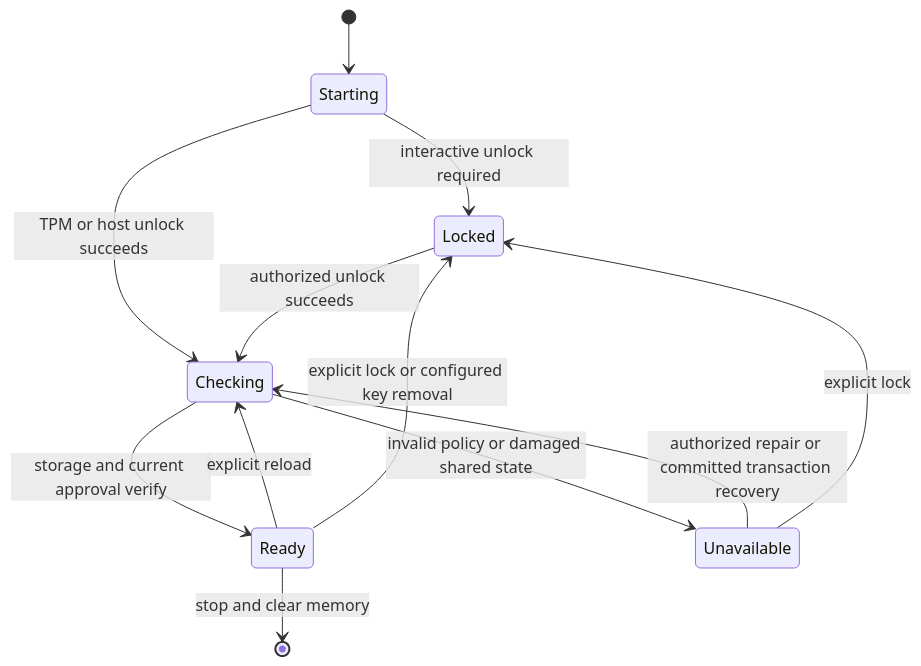
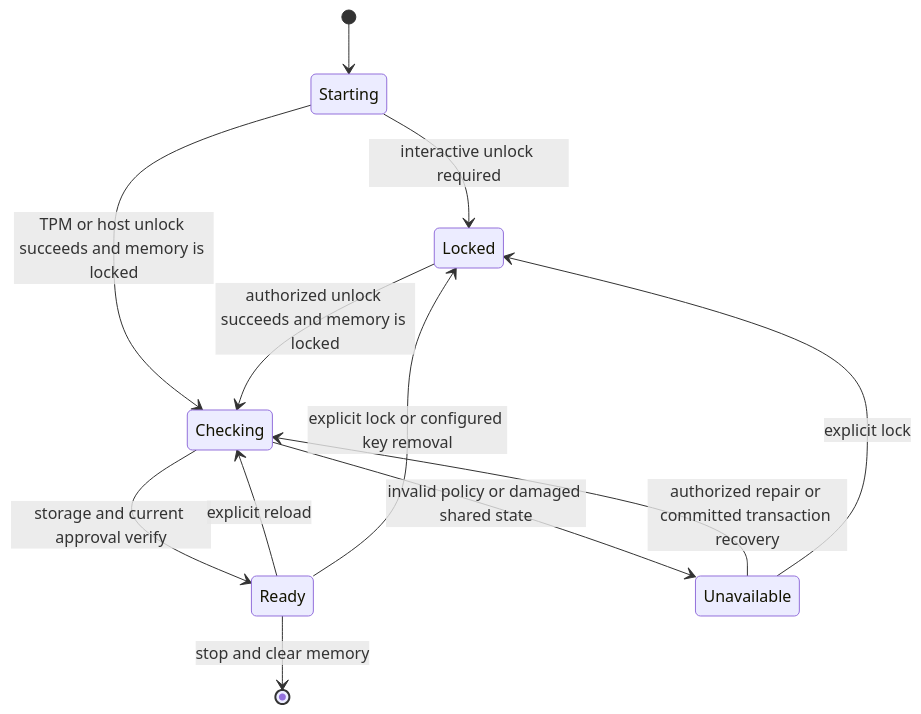
The fifth of 7 diagrams in design/iron-vault-specification.md (CjS77/iron-vault), drawn with Mermaid before and after one commit. The commit also changed other lines of this file and 2 other files, not shown here.

First line of the commit message:
docs(spec): keep a protected install Locked unless memory is locked

````diff
--- a/design/iron-vault-specification.md
+++ b/design/iron-vault-specification.md
@@ -741,14 +748,14 @@
 ```mermaid
 stateDiagram-v2
     [*] --> Starting
     Starting --> Locked: interactive unlock required
-    Starting --> Checking: TPM or host unlock succeeds
-    Locked --> Checking: authorized unlock succeeds
+    Starting --> Checking: TPM or host unlock succeeds and memory is locked
+    Locked --> Checking: authorized unlock succeeds and memory is locked
     Checking --> Ready: storage and current approval verify
     Checking --> Unavailable: invalid policy or damaged shared state
     Ready --> Checking: explicit reload
     Ready --> Locked: explicit lock or configured key removal
     Unavailable --> Checking: authorized repair or committed transaction recovery
     Unavailable --> Locked: explicit lock
     Ready --> [*]: stop and clear memory
 ```
````
